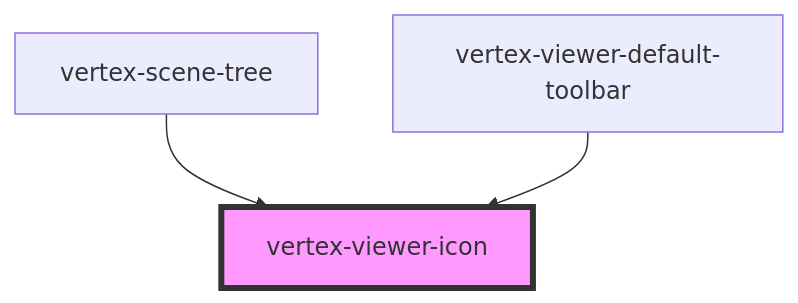
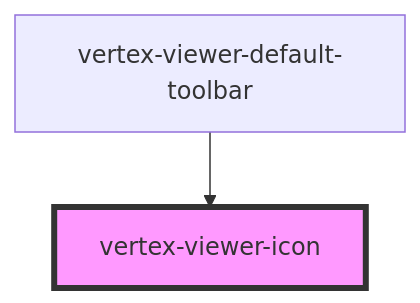
The diagram in packages/viewer/src/components/viewer-icon/readme.md (Vertexvis/vertex-web-sdk), drawn with Mermaid before and after one commit. The commit also changed other lines of this file and 9 other files, not shown here.

````diff
--- a/packages/viewer/src/components/viewer-icon/readme.md
+++ b/packages/viewer/src/components/viewer-icon/readme.md
@@ -63,6 +62,5 @@
 ```mermaid
 graph TD;
-  vertex-scene-tree --> vertex-viewer-icon
   vertex-viewer-default-toolbar --> vertex-viewer-icon
   style vertex-viewer-icon fill:#f9f,stroke:#333,stroke-width:4px
 ```
````
